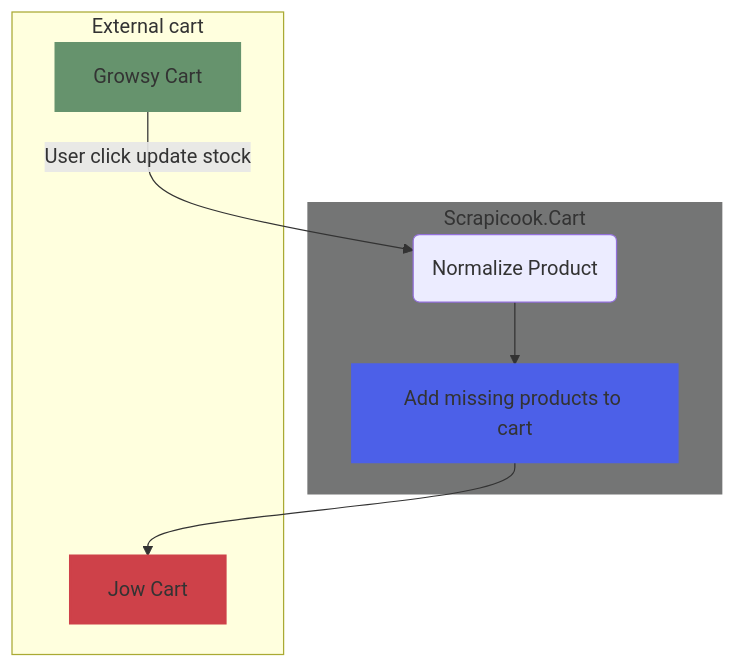
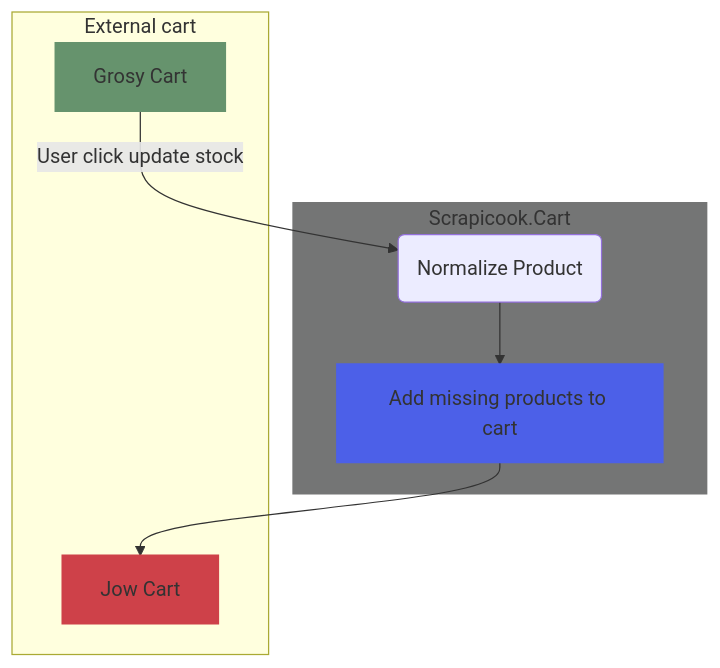
The third of 5 diagrams in readme.md (vincentbattez/Scrapicook), drawn with Mermaid before and after one commit. The commit also changed other lines of this file and 39 other files, not shown here.

````diff
--- a/readme.md
+++ b/readme.md
@@ -128,24 +128,24 @@
 ```mermaid
 graph TD
     %% colors
     style JOW_CART fill:#CE4149,stroke:#CE4149,stroke-width:2px
     style ADD_CART fill:#4C60E8,stroke:#4C60E8,stroke-width:2px
     style Scrapicook.Cart fill:#747575,stroke:#747575,stroke-width:2px
 
     style GSY_CART fill:#66936D,stroke:#66936D,stroke-width:2px
 
     %% subgraph
     subgraph Scrapicook.Cart
         NORMALIZE(Normalize Product)
         ADD_CART[Add missing products to cart]
     end
     
     subgraph External cart
-        GSY_CART[Growsy Cart]
+        GSY_CART[Grosy Cart]
         JOW_CART[Jow Cart]
     end
     
     GSY_CART -->|User click update stock| NORMALIZE
     NORMALIZE --> ADD_CART
     ADD_CART --> JOW_CART
 ```
````
